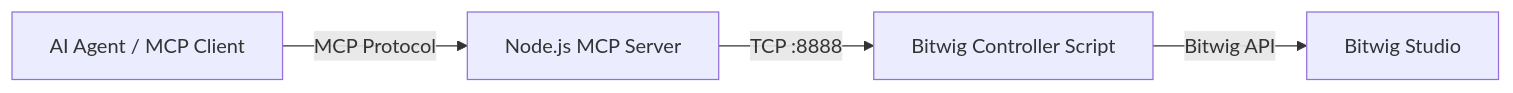
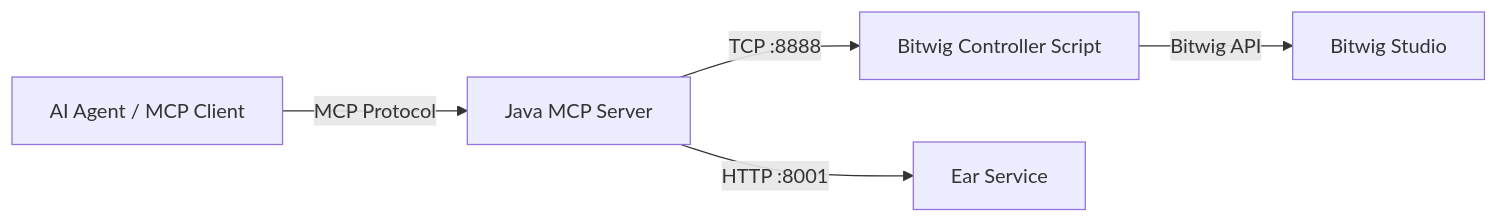
Before and after one commit to LaurentHuzard/llm2Bitwig: the diagram in README.md, drawn with Mermaid. The commit also changed other lines of this file and 13 other files, not shown here.

Commit message:
docs: document ear service and uv runners

````diff
--- a/README.md
+++ b/README.md
@@ -30,6 +37,7 @@
 ```mermaid
 graph LR
-    A[AI Agent / MCP Client] -->|MCP Protocol| B[Node.js MCP Server]
+    A[AI Agent / MCP Client] -->|MCP Protocol| B[Java MCP Server]
     B -->|TCP :8888| C[Bitwig Controller Script]
+    B -->|HTTP :8001| E[Ear Service]
     C -->|Bitwig API| D[Bitwig Studio]
 ```
````
